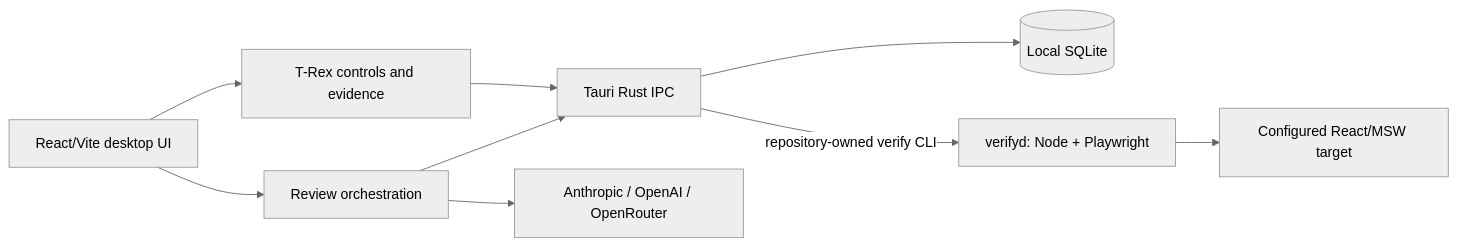
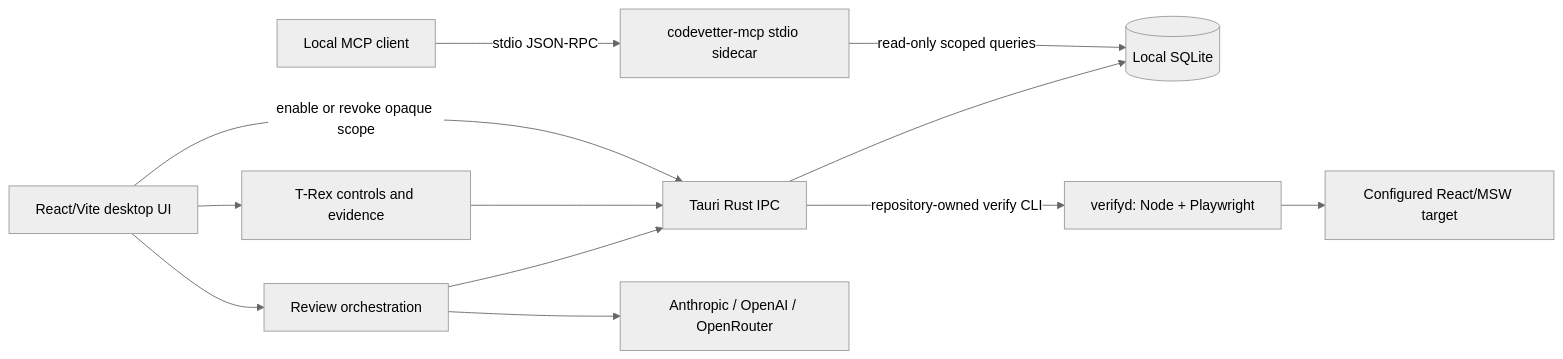
The diagram in docs/ARCHITECTURE.md (Codevetter/codevetter), drawn with Mermaid (neutral theme) before and after one commit. The commit also changed other lines of this file and 3 other files, not shown here.

````diff
--- a/docs/ARCHITECTURE.md
+++ b/docs/ARCHITECTURE.md
@@ -19,20 +21,25 @@
 ```mermaid
 flowchart LR
   UI[React/Vite desktop UI]
   REVIEW[Review orchestration]
   TREX[T-Rex controls and evidence]
   TAURI[Tauri Rust IPC]
   SQLITE[(Local SQLite)]
+  MCP[codevetter-mcp stdio sidecar]
+  AGENT[Local MCP client]
   VERIFYD[verifyd: Node + Playwright]
   TARGET[Configured React/MSW target]
   AI[Anthropic / OpenAI / OpenRouter]
 
   UI --> REVIEW
   UI --> TREX
   REVIEW --> TAURI
   REVIEW --> AI
   TREX --> TAURI
   TAURI --> SQLITE
+  UI -->|enable or revoke opaque scope| TAURI
+  AGENT -->|stdio JSON-RPC| MCP
+  MCP -->|read-only scoped queries| SQLITE
   TAURI -->|repository-owned verify CLI| VERIFYD
   VERIFYD --> TARGET
 ```
````
